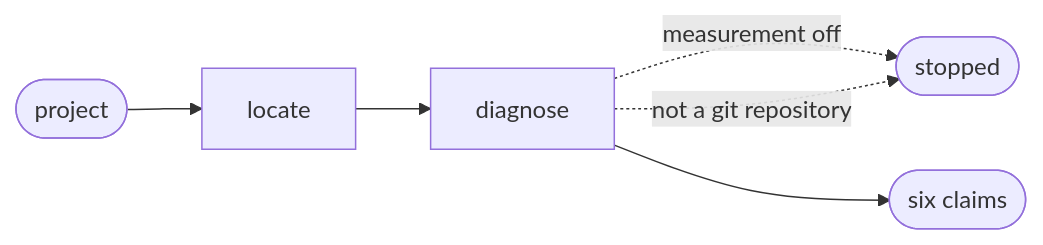
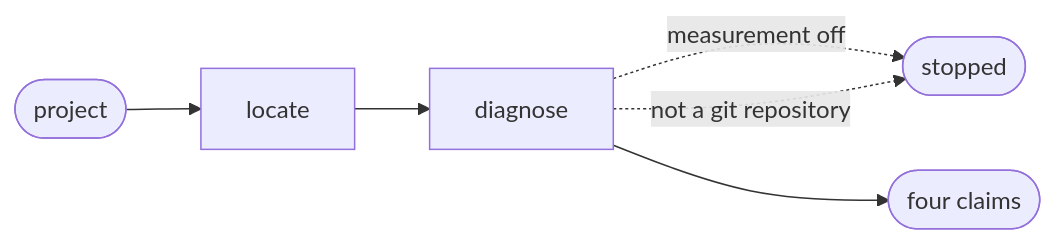
One commit to ai-driven-dev/aidd-framework changed the diagram in plugins/aidd-telemetry/skills/02-check/SKILL.md. Above: the diagram before and after it, drawn with Mermaid. The commit also changed 5 other files, not shown here.

````diff
--- a/plugins/aidd-telemetry/skills/02-check/SKILL.md
+++ b/plugins/aidd-telemetry/skills/02-check/SKILL.md
@@ -9,7 +9,7 @@
 ```mermaid
 flowchart LR
   ask([project]) --> locate --> diagnose
   diagnose -.->|"measurement off"| stopped([stopped])
   diagnose -.->|"not a git repository"| stopped
-  diagnose --> answer([six claims])
+  diagnose --> answer([four claims])
 ```
````
